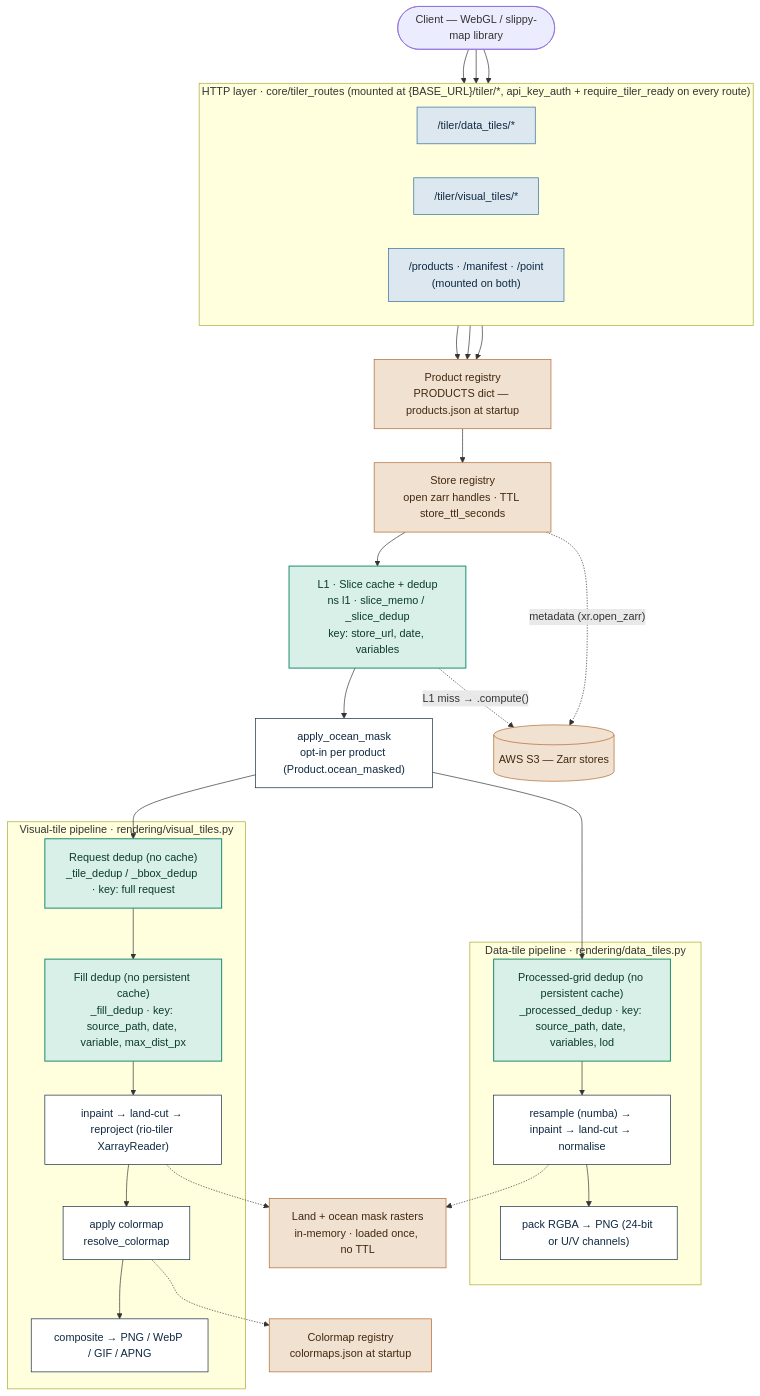
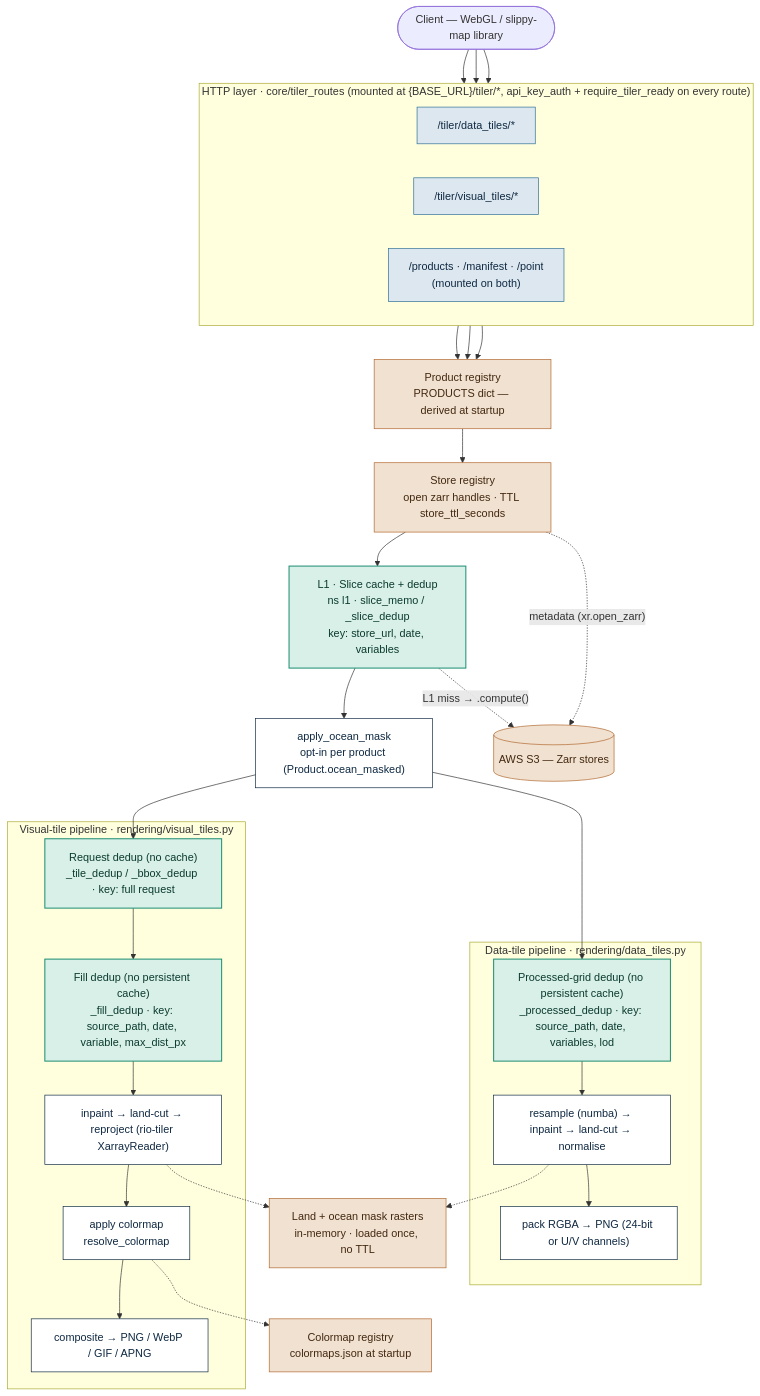
The diagram in data_access_service/tiler/technical.md (aodn/data-access-service), drawn with Mermaid before and after one commit. The commit also changed other lines of this file, not shown here.

Commit message:
document derived product discovery in the tiler technical doc

````diff
--- a/data_access_service/tiler/technical.md
+++ b/data_access_service/tiler/technical.md
@@ -72,67 +72,67 @@
 ```mermaid
 flowchart TD
     client(["Client — WebGL / slippy-map library"])
 
     subgraph ROUTERS["HTTP layer  ·  core/tiler_routes  (mounted at {BASE_URL}/tiler/*, api_key_auth + require_tiler_ready on every route)"]
         direction LR
         dtRouter["/tiler/data_tiles/*"]
         vtRouter["/tiler/visual_tiles/*"]
         prodRouter["/products · /manifest · /point<br/>(mounted on both)"]
     end
 
     client --> dtRouter
     client --> vtRouter
     client --> prodRouter
 
-    registry["Product registry<br/>PRODUCTS dict — products.json at startup"]
+    registry["Product registry<br/>PRODUCTS dict — derived at startup"]
     dtRouter --> registry
     vtRouter --> registry
     prodRouter --> registry
 
     storeReg["Store registry<br/>open zarr handles · TTL store_ttl_seconds"]
     registry --> storeReg
 
     sliceCache["L1 · Slice cache + dedup<br/>ns l1 · slice_memo / _slice_dedup<br/>key: store_url, date, variables"]
     storeReg --> sliceCache
     oceanMask["apply_ocean_mask<br/>opt-in per product (Product.ocean_masked)"]
     sliceCache --> oceanMask
 
     subgraph DT["Data-tile pipeline  ·  rendering/data_tiles.py"]
         dtDedup["Processed-grid dedup (no persistent cache)<br/>_processed_dedup · key: source_path, date, variables, lod"]
         dtCompute["resample (numba) → inpaint → land-cut → normalise"]
         dtPng["pack RGBA → PNG (24-bit or U/V channels)"]
         dtDedup --> dtCompute --> dtPng
     end
     oceanMask --> dtDedup
 
     subgraph VT["Visual-tile pipeline  ·  rendering/visual_tiles.py"]
         vtReqDedup["Request dedup (no cache)<br/>_tile_dedup / _bbox_dedup · key: full request"]
         vtFillDedup["Fill dedup (no persistent cache)<br/>_fill_dedup · key: source_path, date, variable, max_dist_px"]
         vtCompute["inpaint → land-cut → reproject (rio-tiler XarrayReader)"]
         vtColor["apply colormap<br/>resolve_colormap"]
         vtEncode["composite → PNG / WebP / GIF / APNG"]
         vtReqDedup --> vtFillDedup --> vtCompute --> vtColor --> vtEncode
     end
     oceanMask --> vtReqDedup
 
     landMask["Land + ocean mask rasters<br/>in-memory · loaded once, no TTL"]
     dtCompute -.-> landMask
     vtCompute -.-> landMask
 
     colormapReg["Colormap registry<br/>colormaps.json at startup"]
     vtColor -.-> colormapReg
 
     s3[("AWS S3 — Zarr stores")]
     storeReg -. "metadata (xr.open_zarr)" .-> s3
     sliceCache -. "L1 miss → .compute()" .-> s3
 
     classDef router fill:#DCE7EF,stroke:#2E6E96,color:#0F2942,stroke-width:1px;
     classDef staticNode fill:#F1E1D0,stroke:#B0672E,color:#432810,stroke-width:1px;
     classDef cacheNode fill:#D8F0E7,stroke:#1F8F73,color:#0B3A2E,stroke-width:1.5px;
     classDef processNode fill:#FFFFFF,stroke:#0F2942,color:#0F2942,stroke-width:1px;
 
     class dtRouter,vtRouter,prodRouter router
     class registry,storeReg,landMask,colormapReg,s3 staticNode
     class sliceCache,dtDedup,vtFillDedup,vtReqDedup cacheNode
     class oceanMask,dtCompute,dtPng,vtCompute,vtColor,vtEncode processNode
 ```
````
